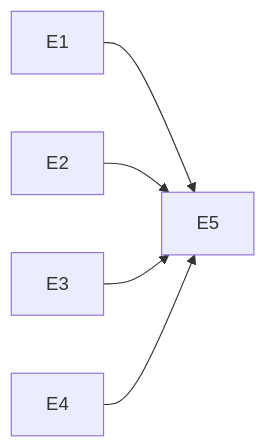
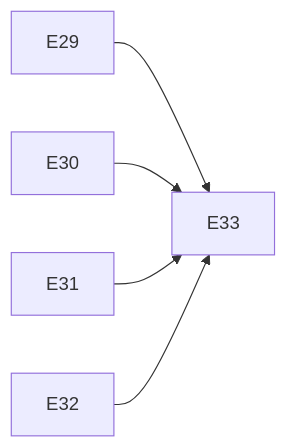
The diagram in docs/plans/roadmap-pos-2-2-0/critical-path.md (odeciojunior/claude-play), drawn with Mermaid before and after one commit. The commit also changed other lines of this file and 4 other files, not shown here.

First line of the commit message:
docs(roadmap): entregáveis do pós-2.2.0 renumerados para E29 a E33

````diff
--- a/docs/plans/roadmap-pos-2-2-0/critical-path.md
+++ b/docs/plans/roadmap-pos-2-2-0/critical-path.md
@@ -3,12 +3,12 @@
 ```mermaid
 graph LR
-  E1
-  E2
-  E3
-  E4
-  E5
-  E1 --> E5
-  E2 --> E5
-  E3 --> E5
-  E4 --> E5
+  E29
+  E30
+  E31
+  E32
+  E33
+  E29 --> E33
+  E30 --> E33
+  E31 --> E33
+  E32 --> E33
 ```
````
